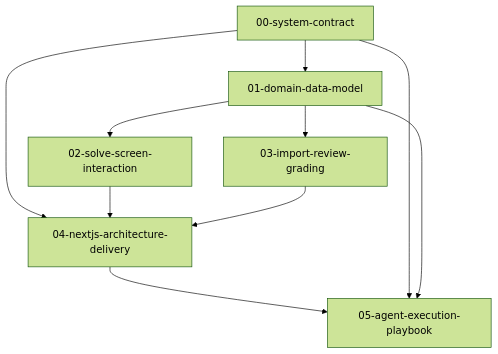
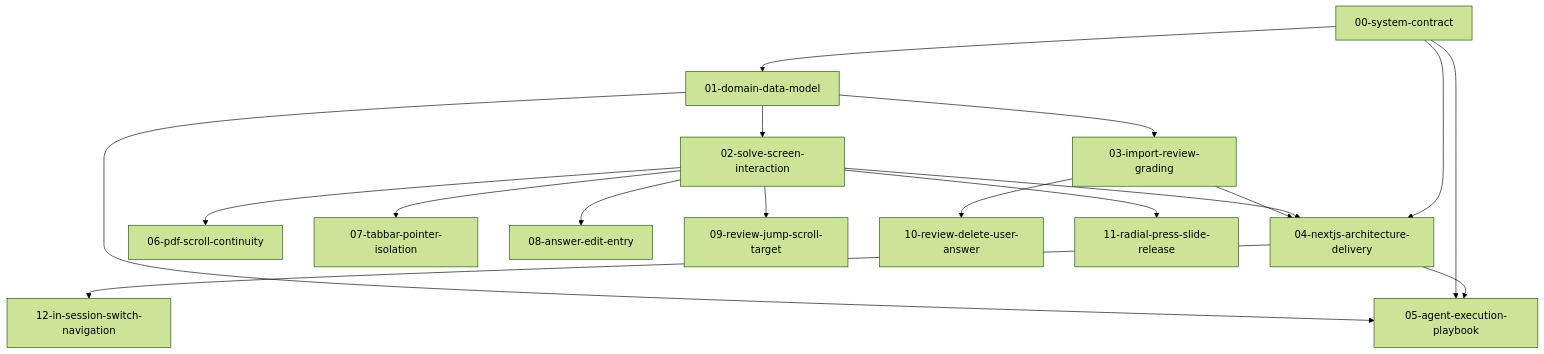
Before and after one commit to JamDev0/cc-mobile-practice: the diagram in specs/99-spec-index-ralph-spec.md, drawn with Mermaid (forest theme). The commit also changed other lines of this file and 9 other files, not shown here.

````diff
--- a/specs/99-spec-index-ralph-spec.md
+++ b/specs/99-spec-index-ralph-spec.md
@@ -26,12 +33,19 @@
 ```mermaid
 flowchart TD
   S00[00-system-contract] --> S01[01-domain-data-model]
   S01 --> S02[02-solve-screen-interaction]
   S01 --> S03[03-import-review-grading]
   S00 --> S04[04-nextjs-architecture-delivery]
   S02 --> S04
   S03 --> S04
   S04 --> S05[05-agent-execution-playbook]
   S00 --> S05
   S01 --> S05
+  S02 --> S06[06-pdf-scroll-continuity]
+  S02 --> S07[07-tabbar-pointer-isolation]
+  S02 --> S08[08-answer-edit-entry]
+  S02 --> S09[09-review-jump-scroll-target]
+  S03 --> S10[10-review-delete-user-answer]
+  S02 --> S11[11-radial-press-slide-release]
+  S04 --> S12[12-in-session-switch-navigation]
 ```
````
